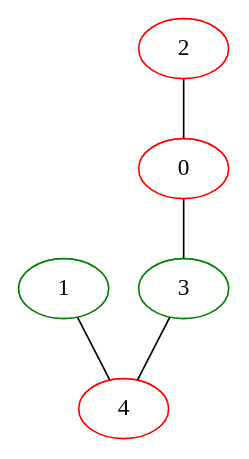
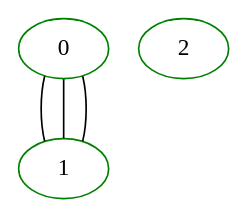
The diagram in graph.dot (FEDOROV-ALEXANDER/Course-Project-Visualization-graph-Cpp), drawn with Graphviz before and after one commit. The commit also changed 4 other files, not shown here.

```diff
--- a/graph.dot
+++ b/graph.dot
@@ -1,11 +1,8 @@
 graph G {
-0[color=red];
+0[color=green];
 1[color=green];
-2[color=red];
-3[color=green];
-4[color=red];
-2--0 ;
-0--3 ;
-1--4 ;
-3--4 ;
+2[color=green];
+0--1 ;
+0--1 ;
+0--1 ;
 }
```
